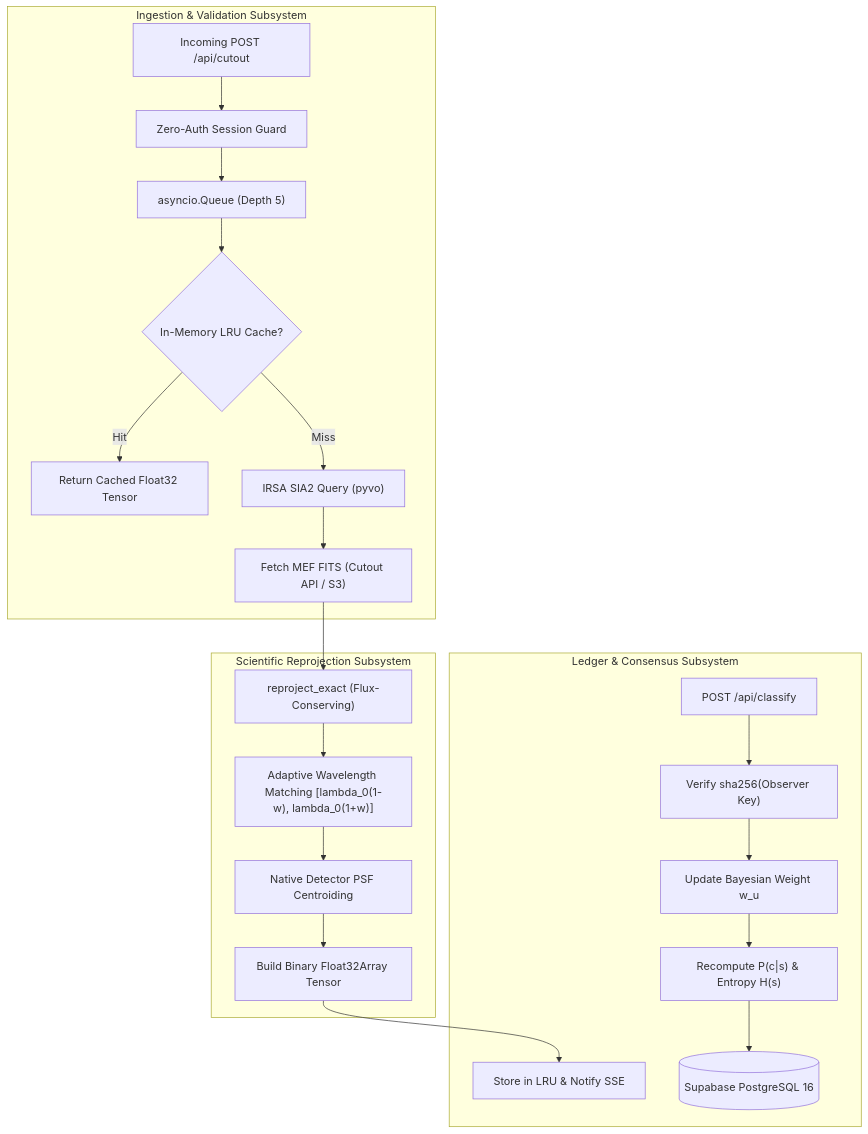
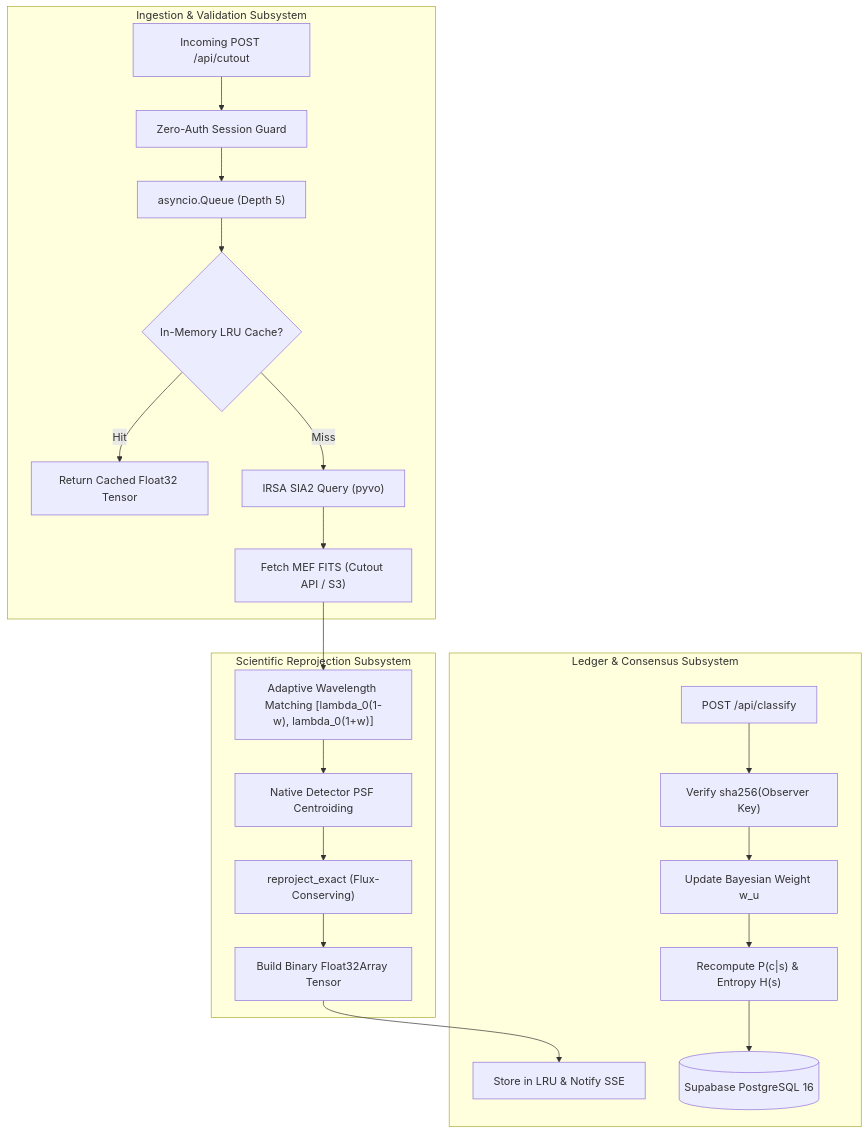
The fifth of 8 diagrams in SYSTEM_ARCHITECTURE.md (Amonochuka/Spectra), drawn with Mermaid before and after one commit. The commit also changed other lines of this file and 6 other files, not shown here.

````diff
--- a/SYSTEM_ARCHITECTURE.md
+++ b/SYSTEM_ARCHITECTURE.md
@@ -493,26 +493,26 @@
 ```mermaid
 flowchart TD
     subgraph IngestionSubsystem["Ingestion & Validation Subsystem"]
         Req["Incoming POST /api/cutout"] --> Guard["Zero-Auth Session Guard"]
         Guard --> Queue["asyncio.Queue (Depth 5)"]
         Queue --> LRU_Check{"In-Memory LRU Cache?"}
         LRU_Check -- Hit --> ReturnCache["Return Cached Float32 Tensor"]
         LRU_Check -- Miss --> SIA["IRSA SIA2 Query (pyvo)"]
         SIA --> Fetch["Fetch MEF FITS (Cutout API / S3)"]
     end
 
     subgraph ScienceSubsystem["Scientific Reprojection Subsystem"]
-        Fetch --> Reproject["reproject_exact (Flux-Conserving)"]
-        Reproject --> Match["Adaptive Wavelength Matching [lambda_0(1-w), lambda_0(1+w)]"]
+        Fetch --> Match["Adaptive Wavelength Matching [lambda_0(1-w), lambda_0(1+w)]"]
         Match --> Centroid["Native Detector PSF Centroiding"]
-        Centroid --> TensorBuild["Build Binary Float32Array Tensor"]
+        Centroid --> Reproject["reproject_exact (Flux-Conserving)"]
+        Reproject --> TensorBuild["Build Binary Float32Array Tensor"]
     end
 
     subgraph LedgerSubsystem["Ledger & Consensus Subsystem"]
         TensorBuild --> CacheStore["Store in LRU & Notify SSE"]
         Classify["POST /api/classify"] --> Auth["Verify sha256(Observer Key)"]
         Auth --> Bayes["Update Bayesian Weight w_u"]
         Bayes --> Consensus["Recompute P(c|s) & Entropy H(s)"]
         Consensus --> DB[("Supabase PostgreSQL 16")]
     end
 ```
````
